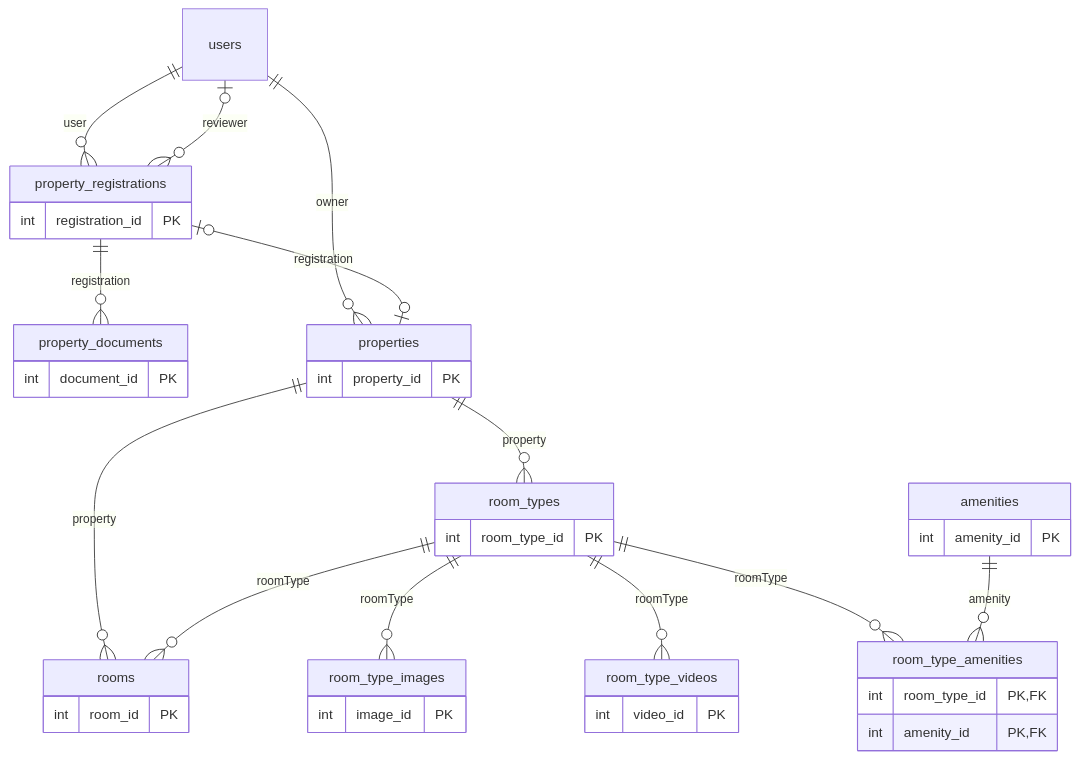
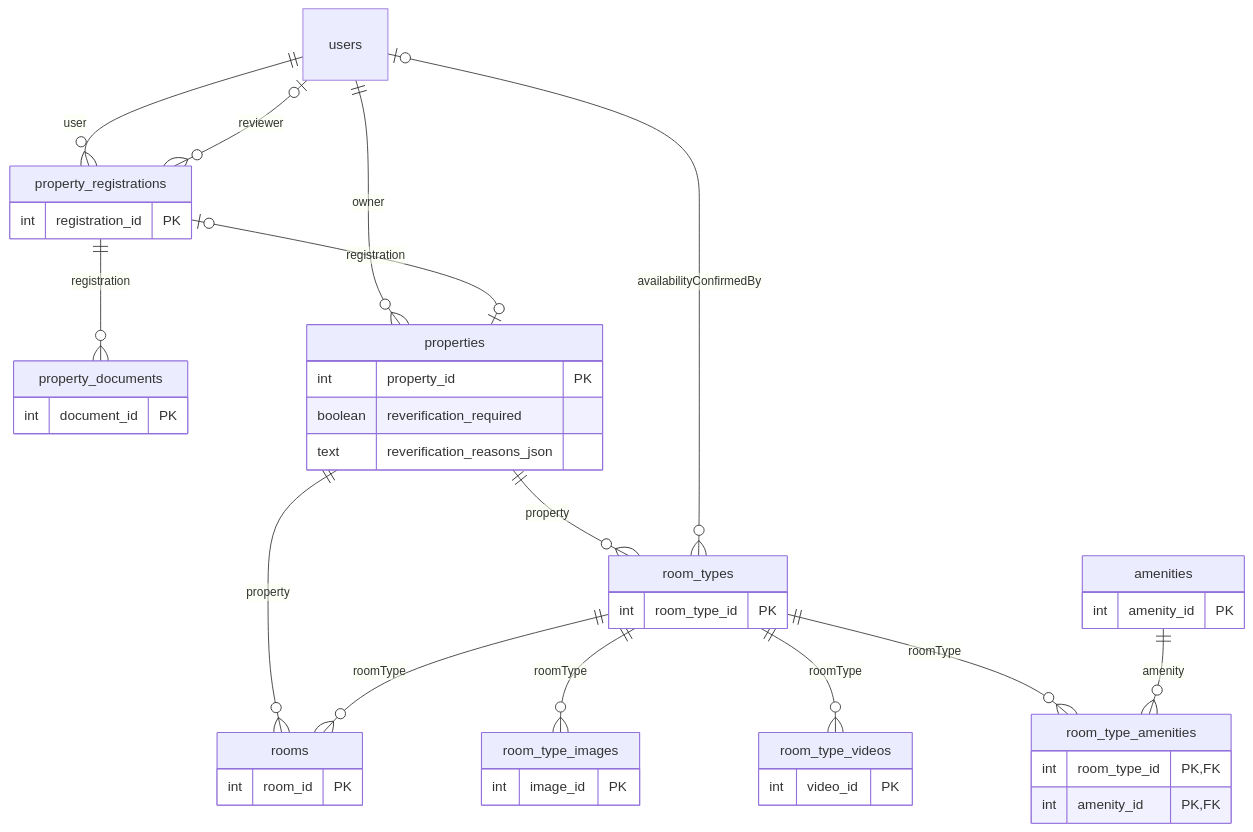
One commit to duyning/SEP_KS_G27 changed the second of 6 diagrams in docs/ERD.md. Above: the diagram before and after it, drawn with Mermaid. The commit also changed 61 other files, not shown here.

Commit message:
Implement room availability confirmation and property reverification

````diff
--- a/docs/ERD.md
+++ b/docs/ERD.md
@@ -28,43 +28,46 @@
 ```mermaid
 erDiagram
     property_registrations {
         int registration_id PK
     }
     property_documents {
         int document_id PK
     }
     properties {
         int property_id PK
+        boolean reverification_required
+        text reverification_reasons_json
     }
     room_types {
         int room_type_id PK
     }
     rooms {
         int room_id PK
     }
     room_type_images {
         int image_id PK
     }
     room_type_videos {
         int video_id PK
     }
     amenities {
         int amenity_id PK
     }
     room_type_amenities {
         int room_type_id PK,FK
         int amenity_id PK,FK
     }
     users ||--o{ property_registrations : user
     users |o--o{ property_registrations : reviewer
     property_registrations ||--o{ property_documents : registration
     users ||--o{ properties : owner
     property_registrations |o--o| properties : registration
     properties ||--o{ room_types : property
+    users |o--o{ room_types : availabilityConfirmedBy
     properties ||--o{ rooms : property
     room_types ||--o{ rooms : roomType
     room_types ||--o{ room_type_images : roomType
     room_types ||--o{ room_type_videos : roomType
     room_types ||--o{ room_type_amenities : roomType
     amenities ||--o{ room_type_amenities : amenity
 ```
````
